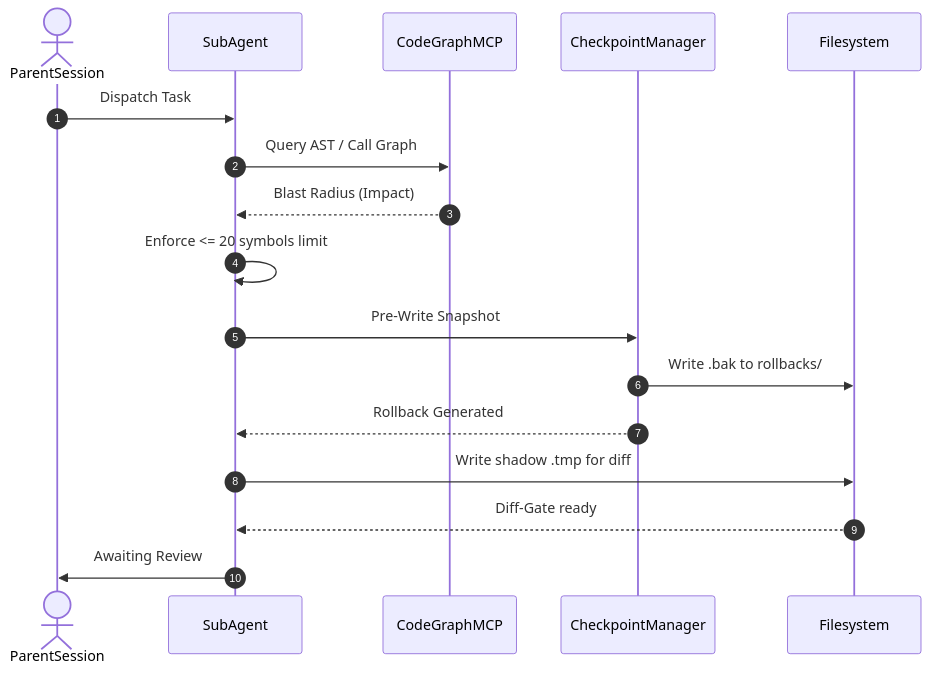
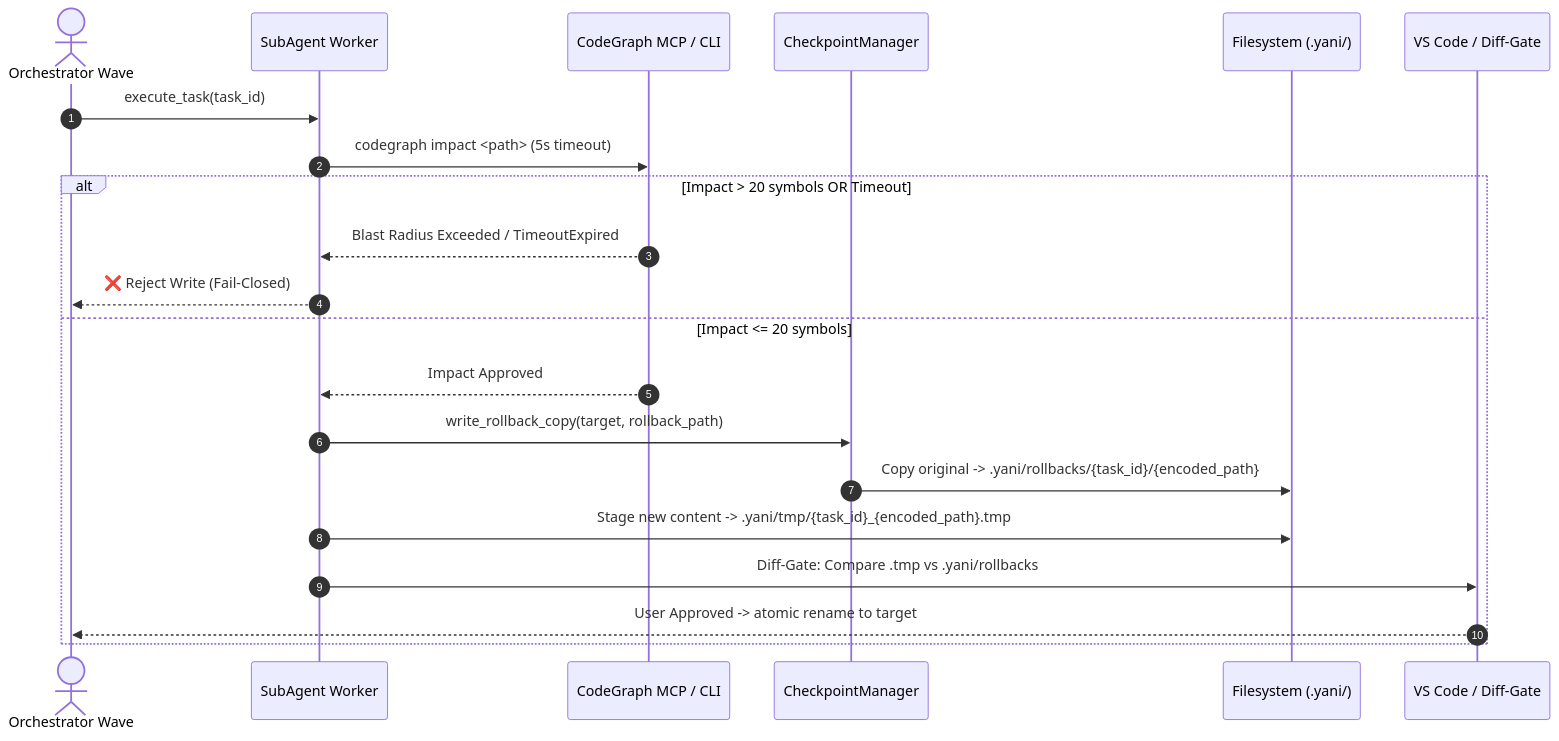
Before and after one commit to emmanuelol/yani-engine: the fourth of 6 diagrams in docs/05-architecture.md, drawn with Mermaid. The commit also changed other lines of this file and 3 other files, not shown here.

Commit message:
docs: Enrich CodeGraph section, update Mermaid diagrams, and align architecture specs

````diff
--- a/docs/05-architecture.md
+++ b/docs/05-architecture.md
@@ -78,20 +89,24 @@
 ```mermaid
 sequenceDiagram
     autonumber
-    actor ParentSession
-    participant SubAgent
-    participant CodeGraphMCP
-    participant CheckpointManager
-    participant Filesystem
-    
-    ParentSession->>SubAgent: Dispatch Task
-    SubAgent->>CodeGraphMCP: Query AST / Call Graph
-    CodeGraphMCP-->>SubAgent: Blast Radius (Impact)
-    SubAgent->>SubAgent: Enforce <= 20 symbols limit
-    SubAgent->>CheckpointManager: Pre-Write Snapshot
-    CheckpointManager->>Filesystem: Write .bak to rollbacks/
-    CheckpointManager-->>SubAgent: Rollback Generated
-    SubAgent->>Filesystem: Write shadow .tmp for diff
-    Filesystem-->>SubAgent: Diff-Gate ready
-    SubAgent->>ParentSession: Awaiting Review
+    actor ParentSession as Orchestrator Wave
+    participant SubAgent as SubAgent Worker
+    participant CodeGraph as CodeGraph MCP / CLI
+    participant Checkpoint as CheckpointManager
+    participant Disk as Filesystem (.yani/)
+    participant Review as VS Code / Diff-Gate
+
+    ParentSession->>SubAgent: execute_task(task_id)
+    SubAgent->>CodeGraph: codegraph impact <path> (5s timeout)
+    alt Impact > 20 symbols OR Timeout
+        CodeGraph-->>SubAgent: Blast Radius Exceeded / TimeoutExpired
+        SubAgent-->>ParentSession: ❌ Reject Write (Fail-Closed)
+    else Impact <= 20 symbols
+        CodeGraph-->>SubAgent: Impact Approved
+        SubAgent->>Checkpoint: write_rollback_copy(target, rollback_path)
+        Checkpoint->>Disk: Copy original -> .yani/rollbacks/{task_id}/{encoded_path}
+        SubAgent->>Disk: Stage new content -> .yani/tmp/{task_id}_{encoded_path}.tmp
+        SubAgent->>Review: Diff-Gate: Compare .tmp vs .yani/rollbacks
+        Review-->>ParentSession: User Approved -> atomic rename to target
+    end
 ```
````
